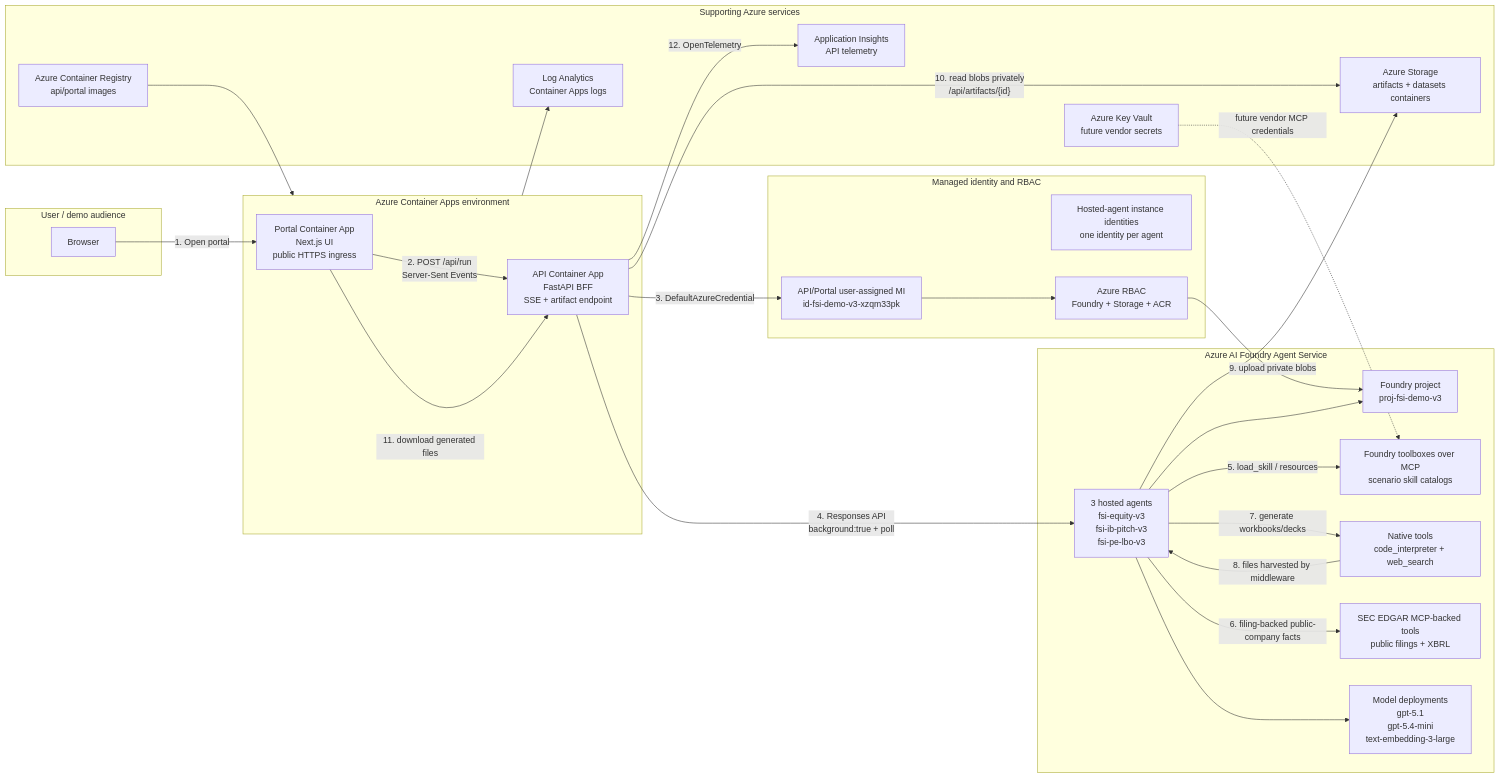
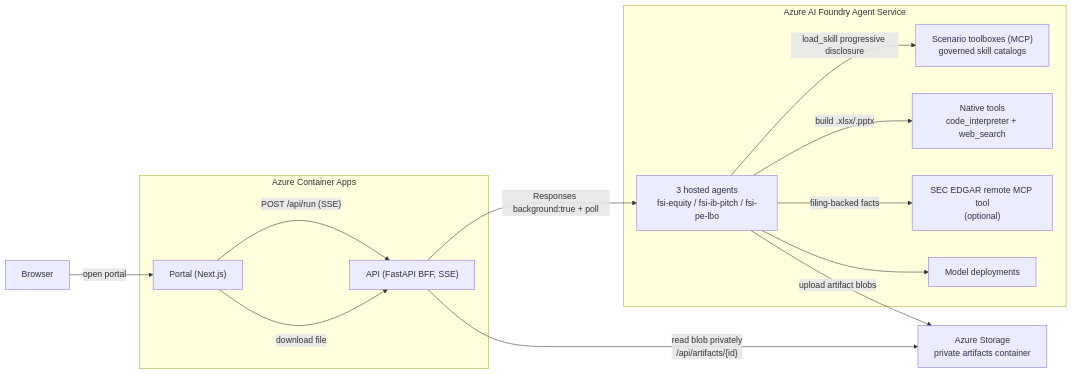
The diagram in README.md (samsonlee0907/anthropic-fsi-skill-demo-with-ghcp), drawn with Mermaid before and after one commit. The commit also changed other lines of this file and 48 other files, not shown here.

First line of the commit message:
Refactor FSI multi-agent demo into a reusable deployable asset

````diff
--- a/README.md
+++ b/README.md
@@ -52,54 +66,30 @@
 ```mermaid
 flowchart LR
-    subgraph User["User / demo audience"]
-        Browser["Browser"]
-    end
+    Browser["Browser"]
 
-    subgraph ACA["Azure Container Apps environment"]
-        Portal["Portal Container App<br/>Next.js UI<br/>public HTTPS ingress"]
-        API["API Container App<br/>FastAPI BFF<br/>SSE + artifact endpoint"]
-    end
-
-    subgraph Identity["Managed identity and RBAC"]
-        AppMI["API/Portal user-assigned MI<br/>id-fsi-demo-v3-xzqm33pk"]
-        AgentMI["Hosted-agent instance identities<br/>one identity per agent"]
-        RBAC["Azure RBAC<br/>Foundry + Storage + ACR"]
+    subgraph ACA["Azure Container Apps"]
+        Portal["Portal (Next.js)"]
+        API["API (FastAPI BFF, SSE)"]
     end
 
     subgraph Foundry["Azure AI Foundry Agent Service"]
-        Project["Foundry project<br/>proj-fsi-demo-v3"]
-        HostedAgents["3 hosted agents<br/>fsi-equity-v3<br/>fsi-ib-pitch-v3<br/>fsi-pe-lbo-v3"]
-        Toolbox["Foundry toolboxes over MCP<br/>scenario skill catalogs"]
+        HostedAgents["3 hosted agents<br/>fsi-equity / fsi-ib-pitch / fsi-pe-lbo"]
+        Toolbox["Scenario toolboxes (MCP)<br/>governed skill catalogs"]
         NativeTools["Native tools<br/>code_interpreter + web_search"]
-        SECTools["SEC EDGAR MCP-backed tools<br/>public filings + XBRL"]
-        Models["Model deployments<br/>gpt-5.1<br/>gpt-5.4-mini<br/>text-embedding-3-large"]
+        SECTools["SEC EDGAR remote MCP tool<br/>(optional)"]
+        Models["Model deployments"]
     end
 
-    subgraph Support["Supporting Azure services"]
-        Storage["Azure Storage<br/>artifacts + datasets containers"]
-        ACR["Azure Container Registry<br/>api/portal images"]
-        AppInsights["Application Insights<br/>API telemetry"]
-        Logs["Log Analytics<br/>Container Apps logs"]
-        KV["Azure Key Vault<br/>future vendor secrets"]
-    end
+    Storage["Azure Storage<br/>private artifacts container"]
 
-    Browser -->|"1. Open portal"| Portal
-    Portal -->|"2. POST /api/run<br/>Server-Sent Events"| API
-    API -->|"3. DefaultAzureCredential"| AppMI
-    AppMI --> RBAC
-    RBAC --> Project
-    API -->|"4. Responses API<br/>background:true + poll"| HostedAgents
-    HostedAgents --> Project
+    Browser -->|"open portal"| Portal
+    Portal -->|"POST /api/run (SSE)"| API
+    API -->|"Responses background:true + poll"| HostedAgents
     HostedAgents --> Models
-    HostedAgents -->|"5. load_skill / resources"| Toolbox
-    HostedAgents -->|"6. filing-backed public-company facts"| SECTools
-    HostedAgents -->|"7. generate workbooks/decks"| NativeTools
-    NativeTools -->|"8. files harvested by middleware"| HostedAgents
-    HostedAgents -->|"9. upload private blobs"| Storage
-    API -->|"10. read blobs privately<br/>/api/artifacts/{id}"| Storage
-    Portal -->|"11. download generated files"| API
-    API -->|"12. OpenTelemetry"| AppInsights
-    ACR --> ACA
-    ACA --> Logs
-    KV -. "future vendor MCP credentials" .-> Toolbox
+    HostedAgents -->|"load_skill progressive disclosure"| Toolbox
+    HostedAgents -->|"filing-backed facts"| SECTools
+    HostedAgents -->|"build .xlsx/.pptx"| NativeTools
+    HostedAgents -->|"upload artifact blobs"| Storage
+    API -->|"read blob privately<br/>/api/artifacts/{id}"| Storage
+    Portal -->|"download file"| API
 ```
````
